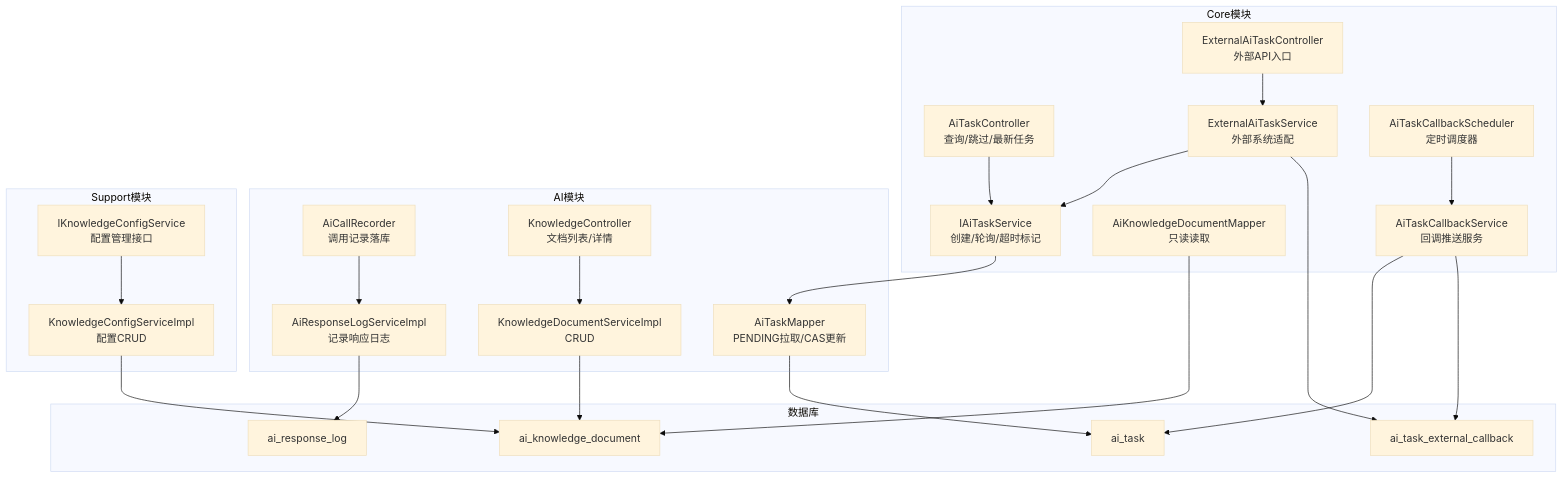
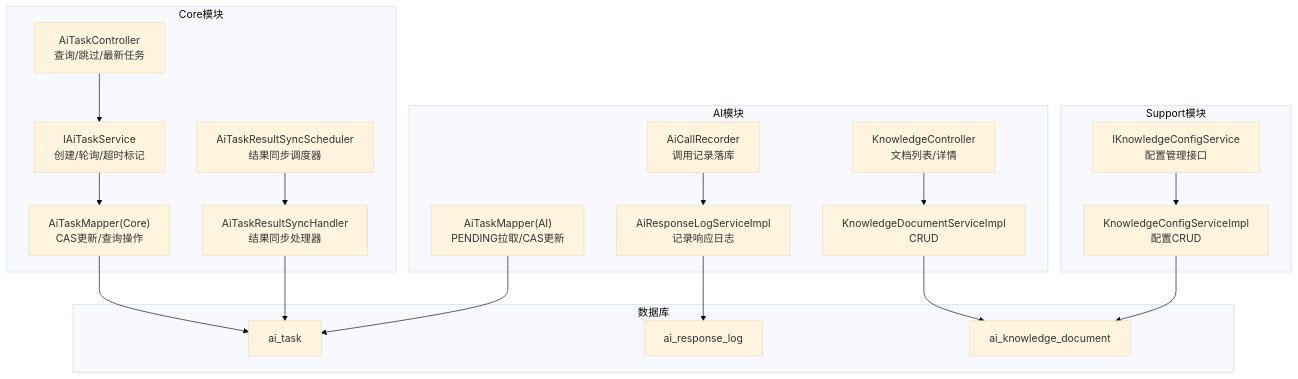
The first of 7 diagrams in .qoder/repowiki/zh/content/数据库设计/AI任务相关数据.md (DrunkFood/First), drawn with Mermaid (base theme) before and after one commit. The commit also changed other lines of this file and 58 other files, not shown here.

````diff
--- a/.qoder/repowiki/zh/content/数据库设计/AI任务相关数据.md
+++ b/.qoder/repowiki/zh/content/数据库设计/AI任务相关数据.md
@@ -70,45 +56,38 @@
 ```mermaid
 graph TB
 subgraph "数据库"
 A["ai_task"]
 B["ai_response_log"]
 C["ai_knowledge_document"]
-D["ai_task_external_callback"]
 end
 subgraph "Core模块"
 E["AiTaskController<br/>查询/跳过/最新任务"]
 F["IAiTaskService<br/>创建/轮询/超时标记"]
-G["AiKnowledgeDocumentMapper<br/>只读读取"]
-H["ExternalAiTaskService<br/>外部系统适配"]
-I["ExternalAiTaskController<br/>外部API入口"]
-J["AiTaskCallbackService<br/>回调推送服务"]
-K["AiTaskCallbackScheduler<br/>定时调度器"]
+G["AiTaskResultSyncScheduler<br/>结果同步调度器"]
+H["AiTaskResultSyncHandler<br/>结果同步处理器"]
+I["AiTaskMapper(Core)<br/>CAS更新/查询操作"]
 end
 subgraph "AI模块"
-L["AiTaskMapper<br/>PENDING拉取/CAS更新"]
-M["AiCallRecorder<br/>调用记录落库"]
-N["AiResponseLogServiceImpl<br/>记录响应日志"]
-O["KnowledgeController<br/>文档列表/详情"]
-P["KnowledgeDocumentServiceImpl<br/>CRUD"]
+J["AiTaskMapper(AI)<br/>PENDING拉取/CAS更新"]
+K["AiCallRecorder<br/>调用记录落库"]
+L["AiResponseLogServiceImpl<br/>记录响应日志"]
+M["KnowledgeController<br/>文档列表/详情"]
+N["KnowledgeDocumentServiceImpl<br/>CRUD"]
 end
 subgraph "Support模块"
-Q["IKnowledgeConfigService<br/>配置管理接口"]
-R["KnowledgeConfigServiceImpl<br/>配置CRUD"]
+O["IKnowledgeConfigService<br/>配置管理接口"]
+P["KnowledgeConfigServiceImpl<br/>配置CRUD"]
 end
 E --> F
-F --> L
-L --> A
+F --> I
+I --> A
+G --> H
+H --> A
+J --> A
+K --> L
+L --> B
 M --> N
-N --> B
+N --> C
 O --> P
 P --> C
-Q --> R
-R --> C
-G --> C
-I --> H
-H --> D
-H --> F
-J --> D
-J --> A
-K --> J
 ```
````
